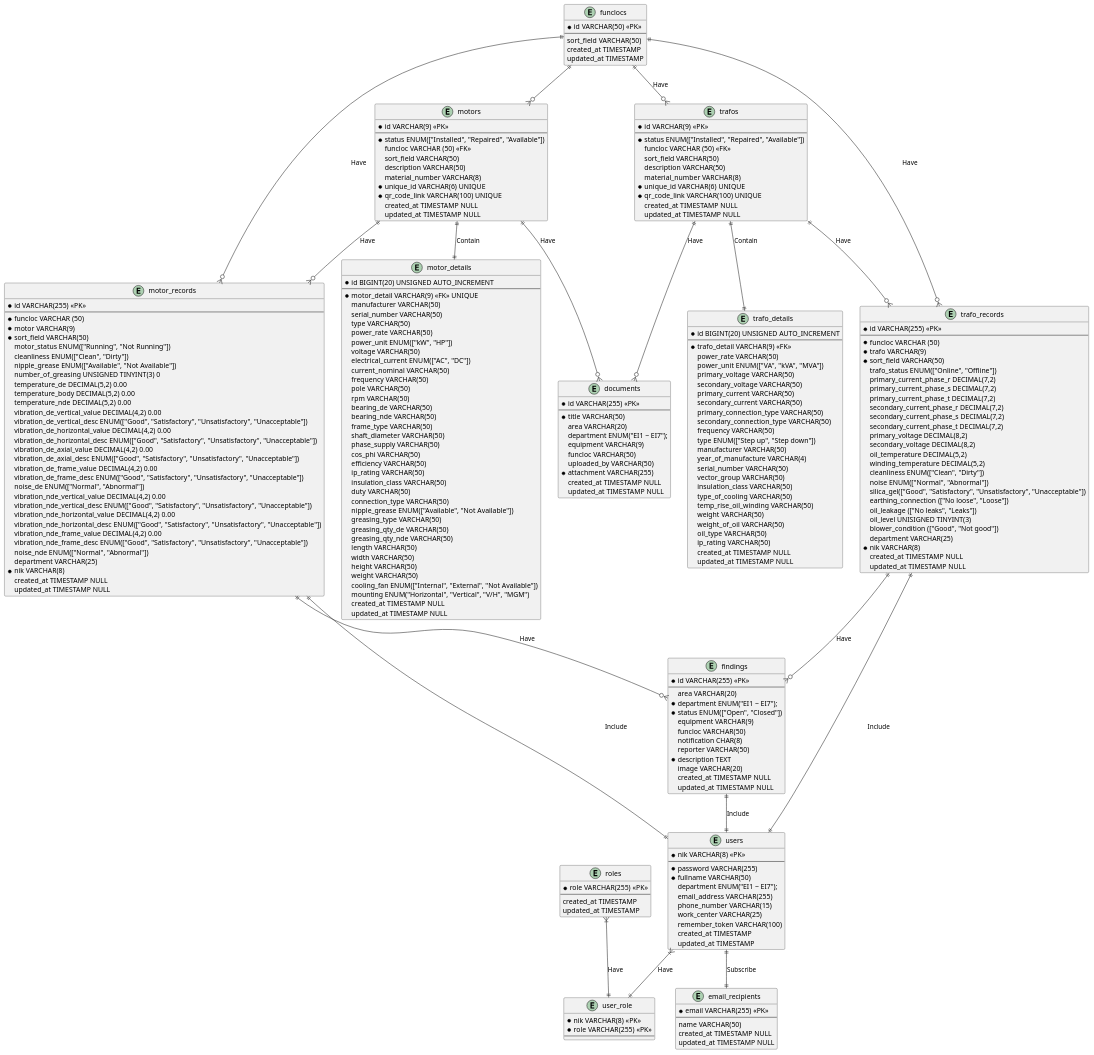
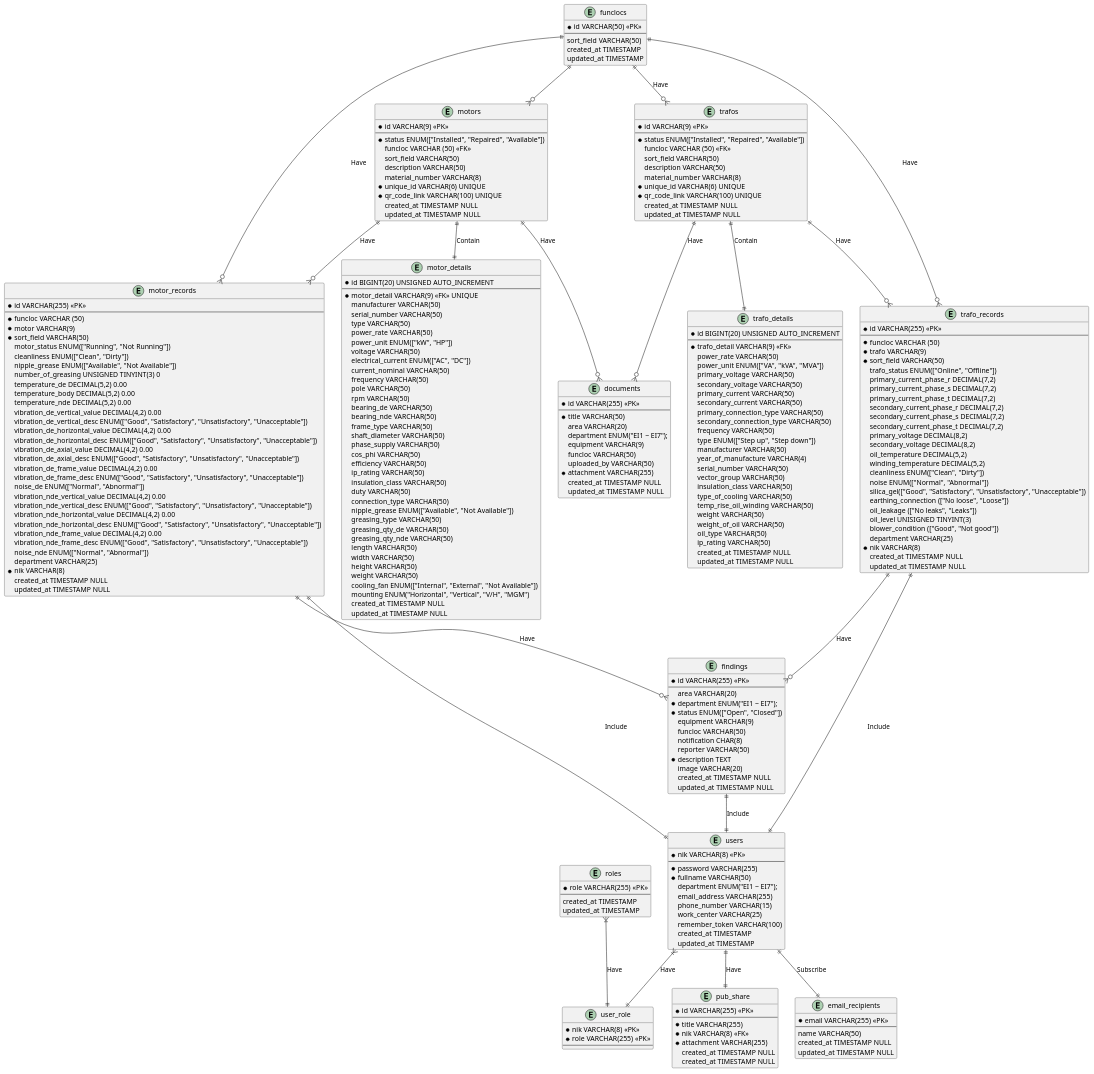
One commit to doniduaasattuu/fajar-e-maintenance changed the diagram in docs/fajar_e_maintenance.puml. Above: the diagram before and after it, drawn with PlantUML. The commit also changed 11 other files, not shown here.

Commit message:
create feature pub-share not unit testing yet

```diff
--- a/docs/fajar_e_maintenance.puml
+++ b/docs/fajar_e_maintenance.puml
@@ -228,6 +228,16 @@
     created_at TIMESTAMP NULL
     updated_at TIMESTAMP NULL
 }
+
+entity pub_share {
+  * id VARCHAR(255) <<PK>>
+  --
+  * title VARCHAR(255)
+  * nik VARCHAR(8) <<FK>>
+  * attachment VARCHAR(255)
+    created_at TIMESTAMP NULL
+    created_at TIMESTAMP NULL
+}
  
 entity email_recipients {
   * email VARCHAR(255) <<PK>>
@@ -237,6 +247,7 @@
     updated_at TIMESTAMP NULL
 }
  
+users ||--|| pub_share : Have
 users ||--|| email_recipients : Subscribe
 users }|--|| user_role : Have
 roles }|--|| user_role : Have
```
